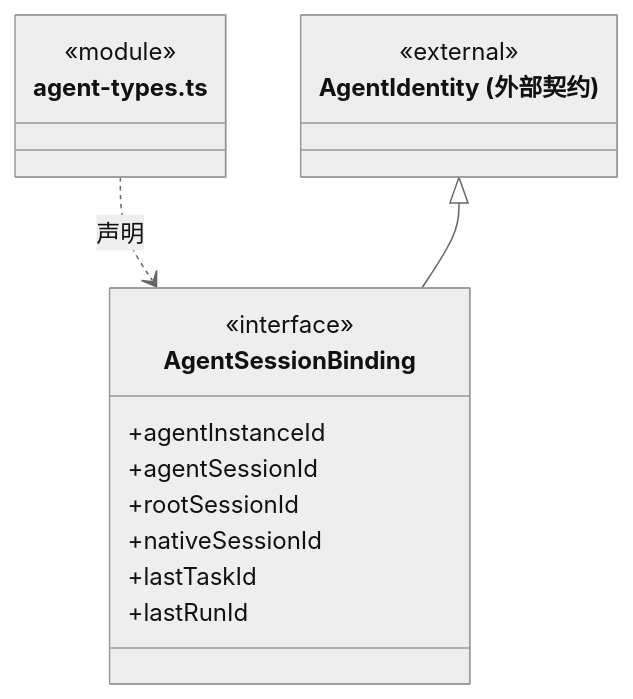
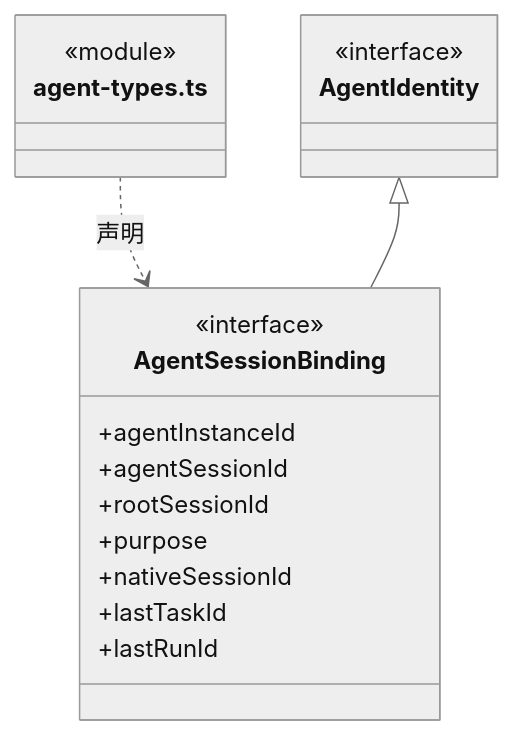
Before and after one commit to nan023062/cbim: the second of 11 diagrams in src/backend/core/team/ARCHITECTURE.md, drawn with Mermaid (neutral theme). The commit also changed other lines of this file and 240 other files, not shown here.

````diff
--- a/src/backend/core/team/ARCHITECTURE.md
+++ b/src/backend/core/team/ARCHITECTURE.md
@@ -63,20 +70,21 @@
 ```mermaid
 classDiagram
 class N_src_backend_core_team_agent_types_ts["agent-types.ts"] {
   <<module>>
 }
 class N_src_backend_core_team_agent_types_ts_AgentSessionBinding["AgentSessionBinding"] {
   <<interface>>
   +agentInstanceId
   +agentSessionId
   +rootSessionId
+  +purpose
   +nativeSessionId
   +lastTaskId
   +lastRunId
 }
 N_src_backend_core_team_agent_types_ts ..> N_src_backend_core_team_agent_types_ts_AgentSessionBinding : 声明
-class N_src_backend_core_team_agent_types_ts_external_AgentIdentity["AgentIdentity (外部契约)"] {
-  <<external>>
+class N_src_backend_core_team_agent_types_ts_AgentIdentity["AgentIdentity"] {
+  <<interface>>
 }
-N_src_backend_core_team_agent_types_ts_external_AgentIdentity <|-- N_src_backend_core_team_agent_types_ts_AgentSessionBinding
+N_src_backend_core_team_agent_types_ts_AgentIdentity <|-- N_src_backend_core_team_agent_types_ts_AgentSessionBinding
 ```
````
